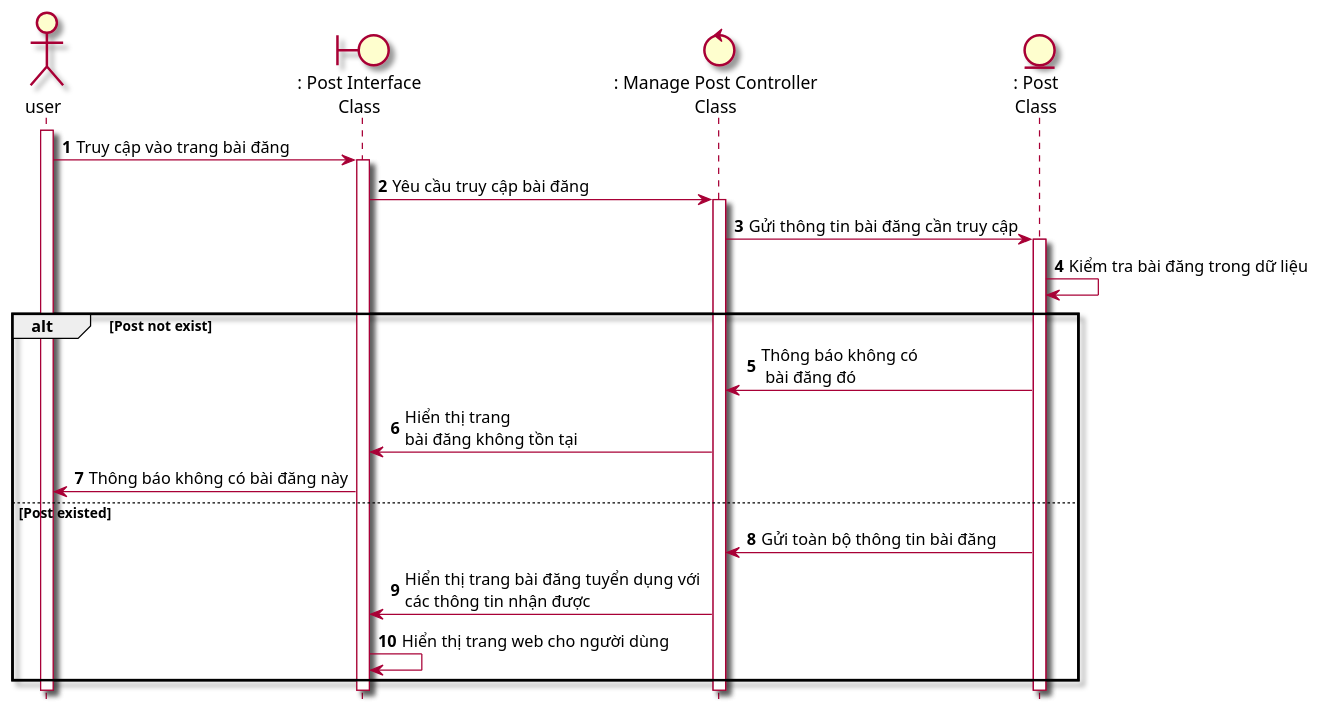
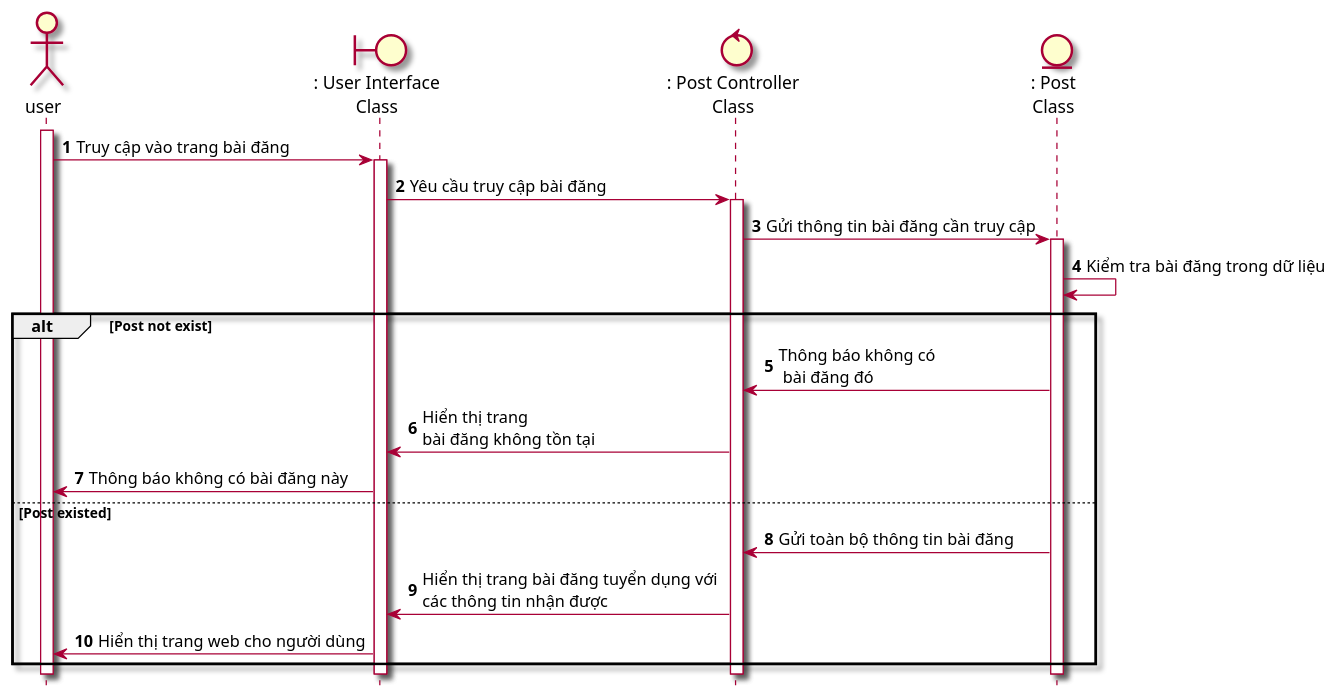
One commit to Griselda4774/EAS-EmploymentAssistanceSystem changed the diagram in Lab1/Lab 1.2 Diagram/Sequence/FilePUML/2.2 SeqTruyCapBaiDang.puml. Above: the diagram before and after it, drawn with PlantUML. The commit also changed 9 other files, not shown here.

```diff
--- a/Lab1/Lab 1.2 Diagram/Sequence/FilePUML/2.2 SeqTruyCapBaiDang.puml
+++ b/Lab1/Lab 1.2 Diagram/Sequence/FilePUML/2.2 SeqTruyCapBaiDang.puml
@@ -1,24 +1,24 @@
 @startuml SeqTruyCapBaiDang
 skin rose
 hide footbox
 
 actor user
-boundary postInterface as ": Post Interface\nClass"
-control managePostController as ": Manage Post Controller\nClass"
+boundary userInterface as ": User Interface\nClass"
+control postController as ": Post Controller\nClass"
 entity Post as ": Post\nClass"
 autonumber 
 user++
-user -> postInterface++: Truy cập vào trang bài đăng
-postInterface-> managePostController++: Yêu cầu truy cập bài đăng
-managePostController -> Post++:Gửi thông tin bài đăng cần truy cập
+user -> userInterface++: Truy cập vào trang bài đăng
+userInterface-> postController++: Yêu cầu truy cập bài đăng
+postController -> Post++:Gửi thông tin bài đăng cần truy cập
 Post -> Post: Kiểm tra bài đăng trong dữ liệu
 alt Post not exist
-    Post-> managePostController: Thông báo không có\n bài đăng đó
-    managePostController -> postInterface: Hiển thị trang \nbài đăng không tồn tại 
-    postInterface -> user: Thông báo không có bài đăng này
+    Post-> postController: Thông báo không có\n bài đăng đó
+    postController -> userInterface: Hiển thị trang \nbài đăng không tồn tại 
+    userInterface -> user: Thông báo không có bài đăng này
 else Post existed
-    Post-> managePostController: Gửi toàn bộ thông tin bài đăng
-    managePostController -> postInterface: Hiển thị trang bài đăng tuyển dụng với \ncác thông tin nhận được
-    postInterface -> postInterface: Hiển thị trang web cho người dùng
+    Post-> postController: Gửi toàn bộ thông tin bài đăng
+    postController -> userInterface: Hiển thị trang bài đăng tuyển dụng với \ncác thông tin nhận được
+    userInterface -> user: Hiển thị trang web cho người dùng
 end
 @enduml
```
